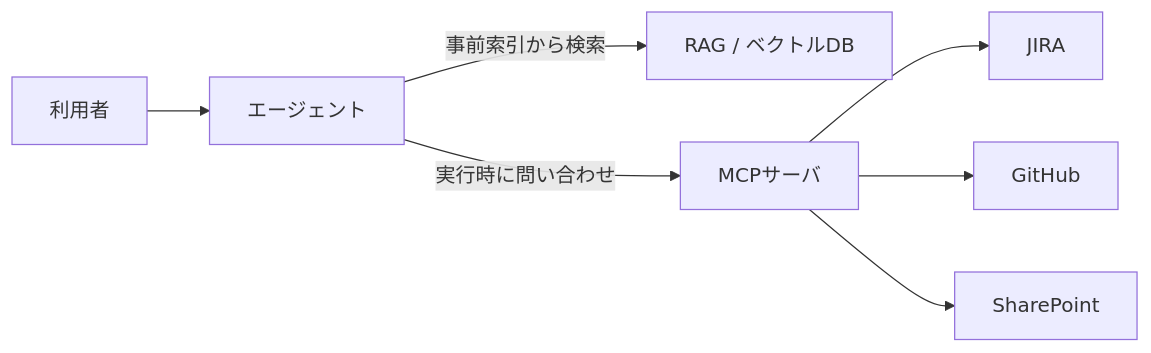
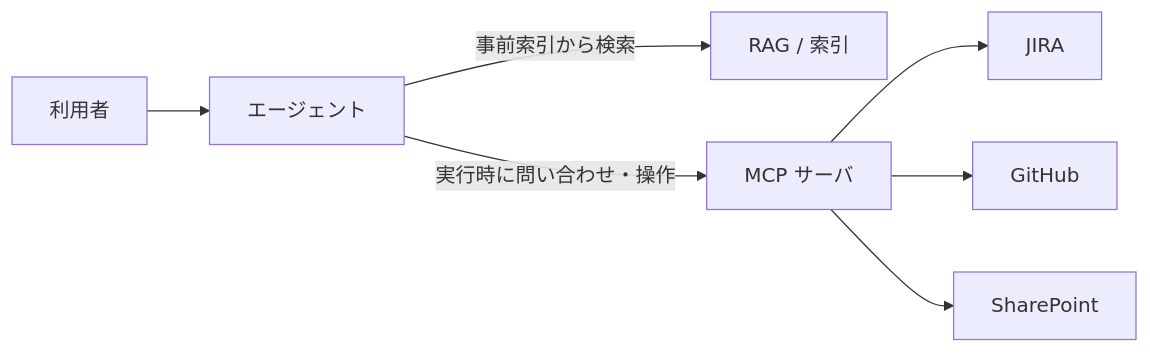
Before and after one commit to mike-sugimoto/ai-tech-notes: the second of 2 diagrams in src/content/docs/mcp/index.md, drawn with Mermaid. The commit also changed other lines of this file and 5 other files, not shown here.

````diff
--- a/src/content/docs/mcp/index.md
+++ b/src/content/docs/mcp/index.md
@@ -14,9 +74,9 @@
 ```mermaid
 flowchart LR
     User[利用者] --> Agent[エージェント]
-    Agent -->|事前索引から検索| RAG[RAG / ベクトルDB]
-    Agent -->|実行時に問い合わせ| MCP[MCPサーバ]
+    Agent -->|事前索引から検索| RAG[RAG / 索引]
+    Agent -->|実行時に問い合わせ・操作| MCP[MCP サーバ]
     MCP --> JIRA[JIRA]
     MCP --> GH[GitHub]
     MCP --> SP[SharePoint]
 ```
````
